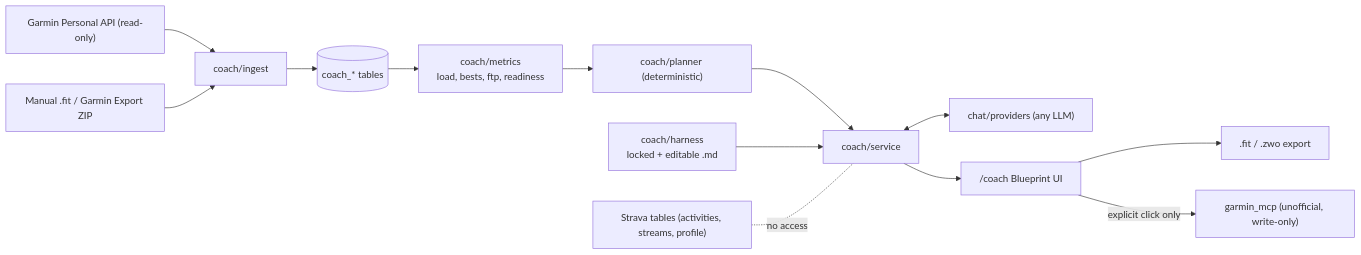
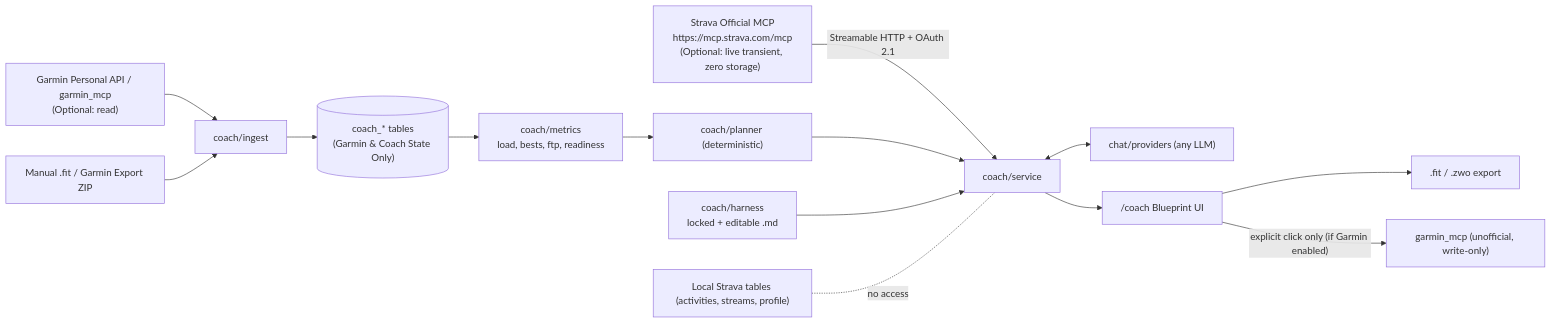
The first of 2 diagrams in docs/concepts/ai-coach.md (lhotakj/kinetiqo), drawn with Mermaid before and after one commit. The commit also changed other lines of this file and 1 other file, not shown here.

Commit message:
migration from STrava to Garmin

````diff
--- a/docs/concepts/ai-coach.md
+++ b/docs/concepts/ai-coach.md
@@ -174,15 +182,16 @@
 ```mermaid
 flowchart LR
-    G["Garmin Personal API (read-only)"] --> I["coach/ingest"]
+    SM["Strava Official MCP<br/>https://mcp.strava.com/mcp<br/>(Optional: live transient, zero storage)"] -->|"Streamable HTTP + OAuth 2.1"| S["coach/service"]
+    G["Garmin Personal API / garmin_mcp<br/>(Optional: read)"] --> I["coach/ingest"]
     U["Manual .fit / Garmin Export ZIP"] --> I
-    I --> DB[("coach_* tables")]
+    I --> DB[("coach_* tables<br/>(Garmin & Coach State Only)")]
     DB --> M["coach/metrics<br/>load, bests, ftp, readiness"]
     M --> P["coach/planner (deterministic)"]
-    P --> S["coach/service"]
+    P --> S
     H["coach/harness<br/>locked + editable .md"] --> S
     S <--> L["chat/providers (any LLM)"]
     S --> UI["/coach Blueprint UI"]
     UI --> X[".fit / .zwo export"]
-    UI -->|"explicit click only"| W["garmin_mcp (unofficial, write-only)"]
-    T["Strava tables (activities, streams, profile)"] -. "no access" .- S
+    UI -->|"explicit click only (if Garmin enabled)"| W["garmin_mcp (unofficial, write-only)"]
+    T["Local Strava tables (activities, streams, profile)"] -. "no access" .- S
 ```
````
